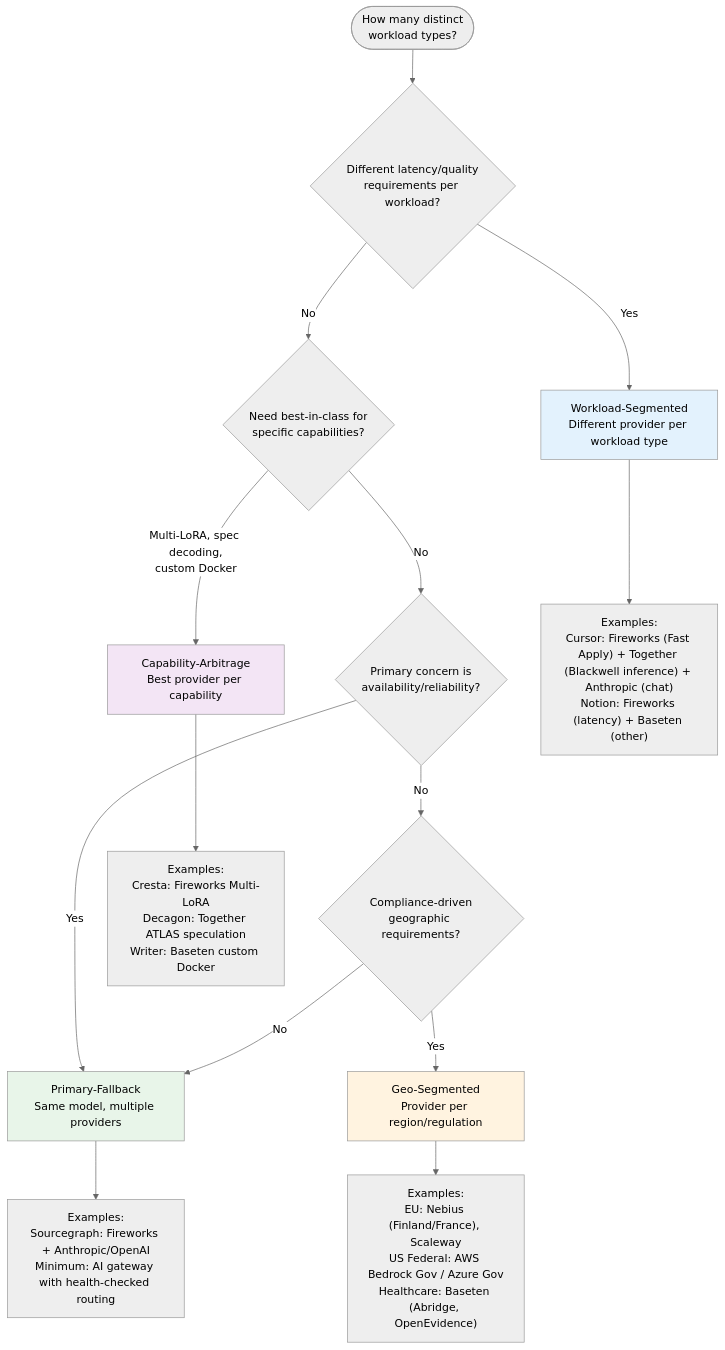
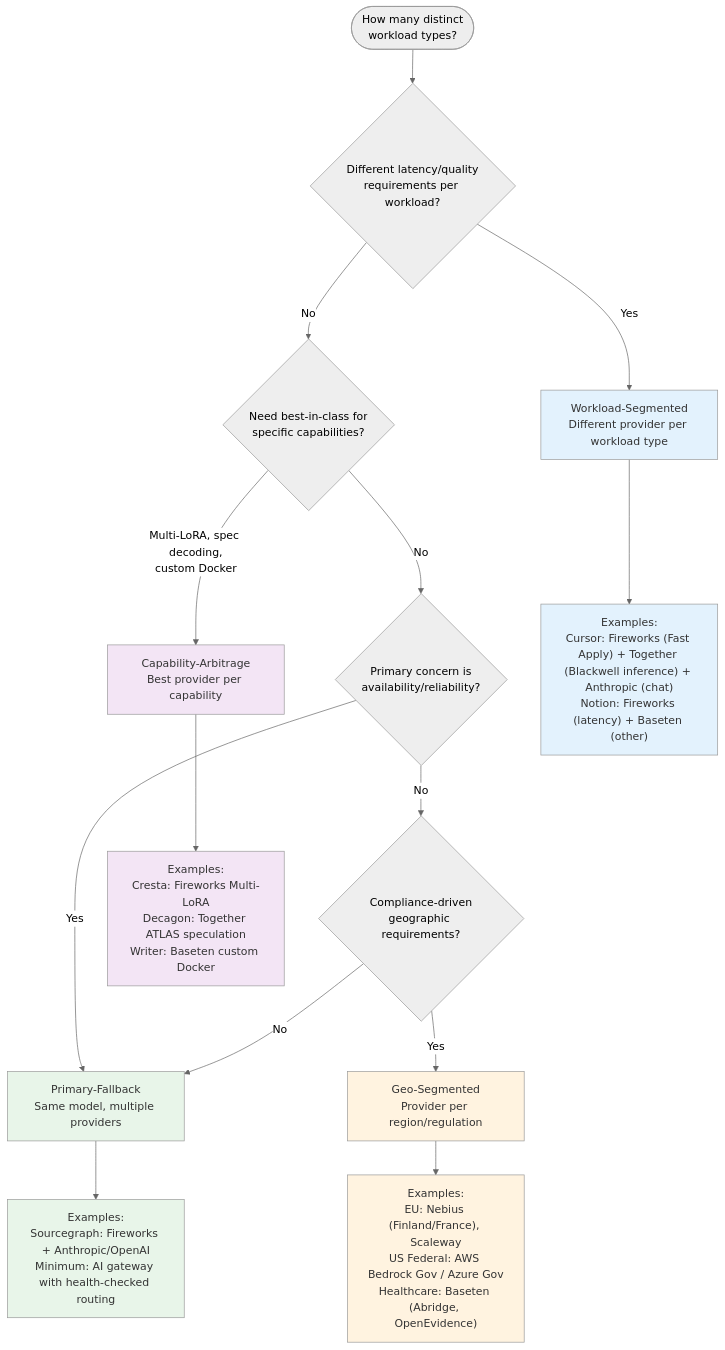
One commit to Sohailm25/inference-field-guide changed the diagram in decision-trees/sourcing_patterns.md. Above: the diagram before and after it, drawn with Mermaid (neutral theme). The commit also changed 7 other files, not shown here.

````diff
--- a/decision-trees/sourcing_patterns.md
+++ b/decision-trees/sourcing_patterns.md
@@ -5,33 +5,37 @@
 ```mermaid
 flowchart TD
     START([How many distinct<br/>workload types?]) --> Q1
 
     Q1{Different latency/quality<br/>requirements per workload?}
     Q1 -->|Yes| WS[Workload-Segmented<br/>Different provider per workload type]
     Q1 -->|No| Q2
 
     Q2{Need best-in-class for<br/>specific capabilities?}
     Q2 -->|Multi-LoRA, spec decoding,<br/>custom Docker| CA[Capability-Arbitrage<br/>Best provider per capability]
     Q2 -->|No| Q3
 
     Q3{Primary concern is<br/>availability/reliability?}
     Q3 -->|Yes| PF[Primary-Fallback<br/>Same model, multiple providers]
     Q3 -->|No| Q4
 
     Q4{Compliance-driven<br/>geographic requirements?}
     Q4 -->|Yes| GS[Geo-Segmented<br/>Provider per region/regulation]
     Q4 -->|No| PF
 
     WS --> EXAMPLES_WS["Examples:<br/>Cursor: Fireworks (Fast Apply) + Together (Blackwell inference) + Anthropic (chat)<br/>Notion: Fireworks (latency) + Baseten (other)"]
 
     CA --> EXAMPLES_CA["Examples:<br/>Cresta: Fireworks Multi-LoRA<br/>Decagon: Together ATLAS speculation<br/>Writer: Baseten custom Docker"]
 
     PF --> EXAMPLES_PF["Examples:<br/>Sourcegraph: Fireworks + Anthropic/OpenAI<br/>Minimum: AI gateway with health-checked routing"]
 
     GS --> EXAMPLES_GS["Examples:<br/>EU: Nebius (Finland/France), Scaleway<br/>US Federal: AWS Bedrock Gov / Azure Gov<br/>Healthcare: Baseten (Abridge, OpenEvidence)"]
 
-    style WS fill:#e3f2fd
-    style CA fill:#f3e5f5
-    style PF fill:#e8f5e9
-    style GS fill:#fff3e0
+    style WS fill:#e3f2fd,color:#333
+    style CA fill:#f3e5f5,color:#333
+    style PF fill:#e8f5e9,color:#333
+    style GS fill:#fff3e0,color:#333
+    style EXAMPLES_WS fill:#e3f2fd,color:#333
+    style EXAMPLES_CA fill:#f3e5f5,color:#333
+    style EXAMPLES_PF fill:#e8f5e9,color:#333
+    style EXAMPLES_GS fill:#fff3e0,color:#333
 ```
````
